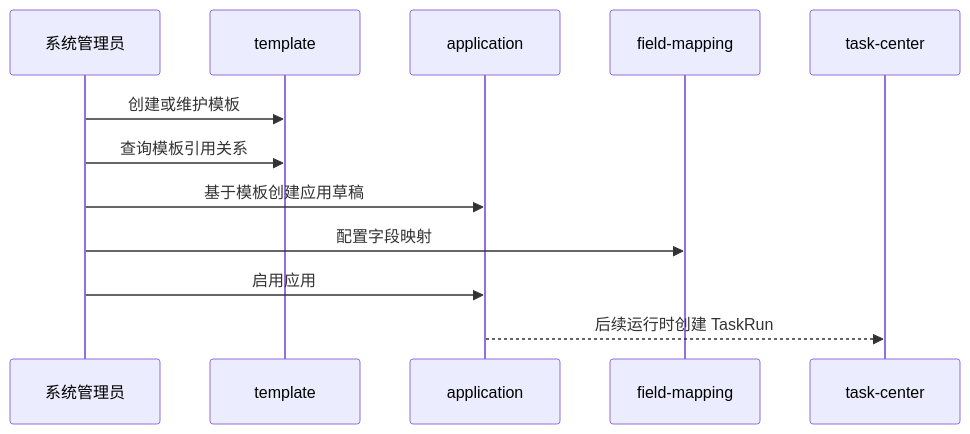
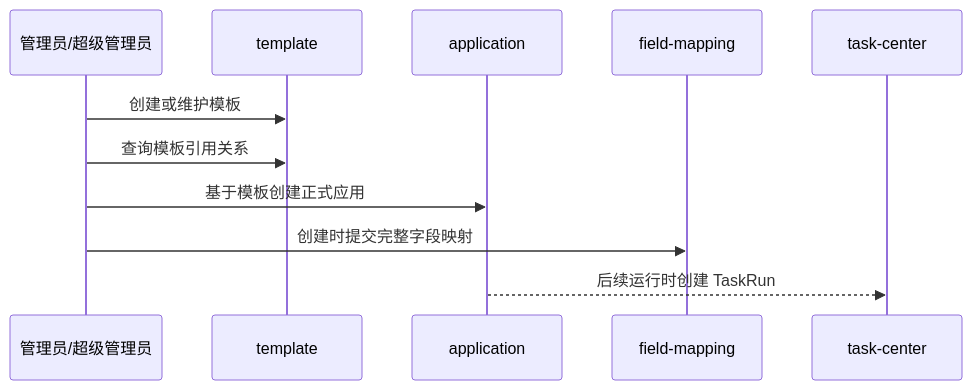
Before and after one commit to wangweihong/omnimam-spec: the diagram in 02_architecture/domains/application-platform.md, drawn with Mermaid. The commit also changed other lines of this file and 9 other files, not shown here.

````diff
--- a/02_architecture/domains/application-platform.md
+++ b/02_architecture/domains/application-platform.md
@@ -27,15 +27,14 @@
 ```mermaid
 sequenceDiagram
-  participant Admin as 系统管理员
+  participant Admin as 管理员/超级管理员
   participant Template as template
   participant App as application
   participant Mapping as field-mapping
   participant Task as task-center
 
   Admin->>Template: 创建或维护模板
   Admin->>Template: 查询模板引用关系
-  Admin->>App: 基于模板创建应用草稿
-  Admin->>Mapping: 配置字段映射
-  Admin->>App: 启用应用
+  Admin->>App: 基于模板创建正式应用
+  Admin->>Mapping: 创建时提交完整字段映射
   App-->>Task: 后续运行时创建 TaskRun
 ```
````
